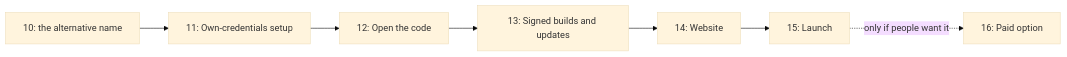
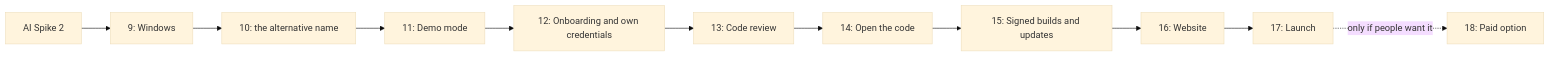
One commit to nwoolls/mailboat changed the diagram in docs/ROADMAP.md. Above: the diagram before and after it, drawn with Mermaid (base theme). The commit also changed other lines of this file and 3 other files, not shown here.

````diff
--- a/docs/ROADMAP.md
+++ b/docs/ROADMAP.md
@@ -2179,9 +2184,13 @@
 ```mermaid
 flowchart LR
-  M10["10: the alternative name"] --> M11["11: Own-credentials setup"]
-  M11 --> M12["12: Open the code"]
-  M12 --> M13["13: Signed builds and updates"]
-  M13 --> M14["14: Website"]
-  M14 --> M15["15: Launch"]
-  M15 -.->|"only if people want it"| M16["16: Paid option"]
+  AI["AI Spike 2"] --> W["9: Windows"]
+  W --> M10["10: the alternative name"]
+  M10 --> M11["11: Demo mode"]
+  M11 --> M12["12: Onboarding and own credentials"]
+  M12 --> M13["13: Code review"]
+  M13 --> M14["14: Open the code"]
+  M14 --> M15["15: Signed builds and updates"]
+  M15 --> M16["16: Website"]
+  M16 --> M17["17: Launch"]
+  M17 -.->|"only if people want it"| M18["18: Paid option"]
 ```
````
